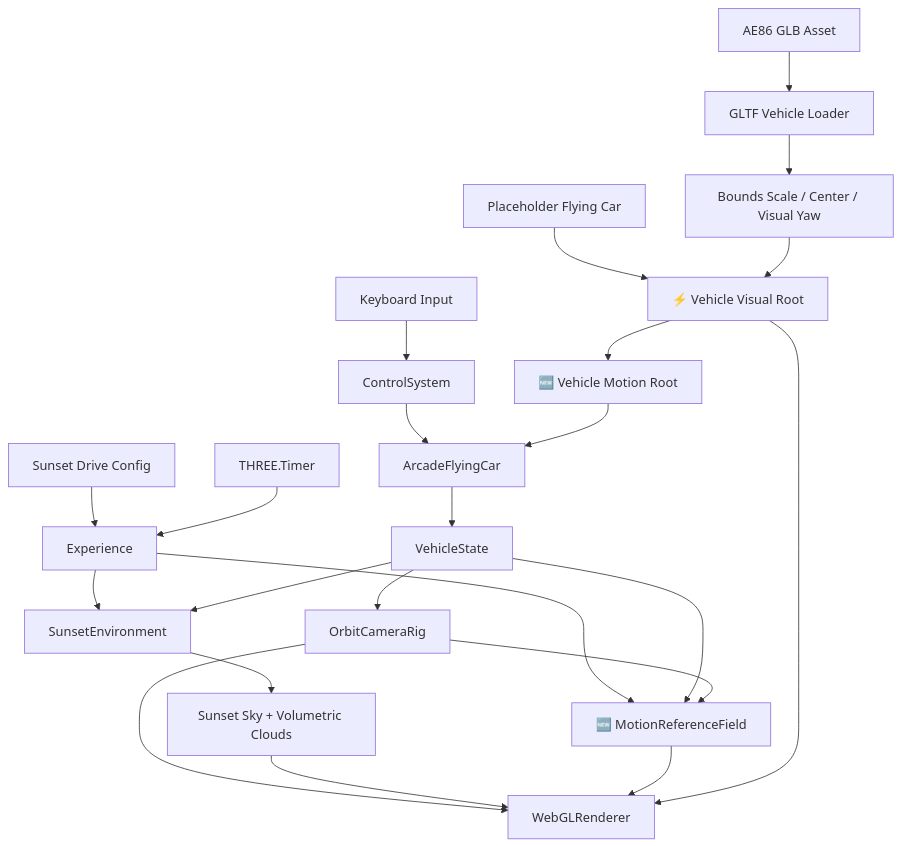
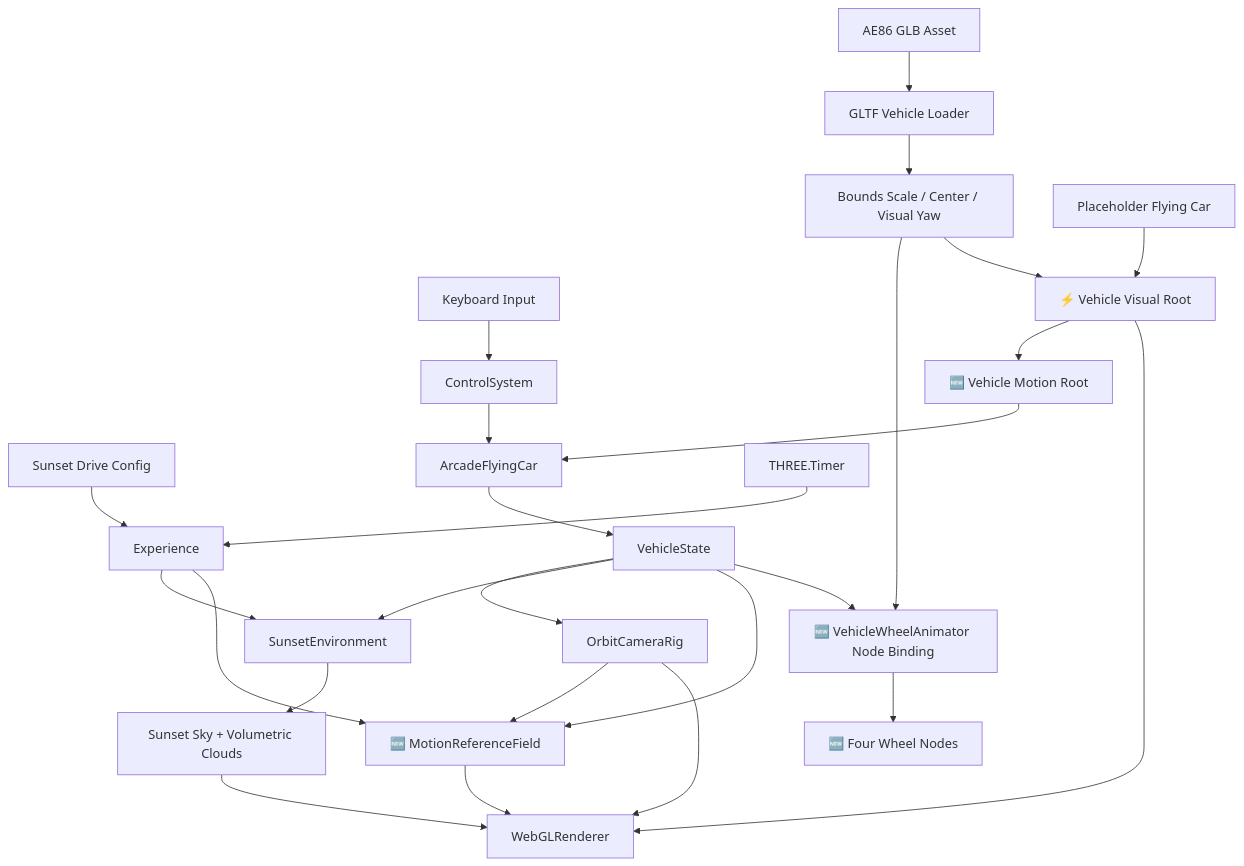
Before and after one commit to 64n-goxutech/shader-roam: the first of 2 diagrams in docs/architecture/sunset-drive/README.md, drawn with Mermaid. The commit also changed other lines of this file and 17 other files, not shown here.

````diff
--- a/docs/architecture/sunset-drive/README.md
+++ b/docs/architecture/sunset-drive/README.md
@@ -5,28 +5,31 @@
 ```mermaid
 graph TB
     %% 🆕 新增  ⚡ 修改
     Config[Sunset Drive Config] --> Experience[Experience]
     Input[Keyboard Input] --> Controls[ControlSystem]
     Controls --> FlyingCar[ArcadeFlyingCar]
     FlyingCar --> VehicleState[VehicleState]
 
     ModelAsset[AE86 GLB Asset] --> Loader[GLTF Vehicle Loader]
     Loader --> Normalizer[Bounds Scale / Center / Visual Yaw]
+    Normalizer --> WheelBinding[🆕 VehicleWheelAnimator Node Binding]
+    WheelBinding --> WheelNodes[🆕 Four Wheel Nodes]
     Fallback[Placeholder Flying Car] --> VisualRoot[⚡ Vehicle Visual Root]
     Normalizer --> VisualRoot
     VisualRoot --> MotionRoot[🆕 Vehicle Motion Root]
     MotionRoot --> FlyingCar
 
     Experience --> SunsetEnvironment[SunsetEnvironment]
     Experience --> MotionReferences[🆕 MotionReferenceField]
     Timer[THREE.Timer] --> Experience
     SunsetEnvironment --> SunsetShader[Sunset Sky + Volumetric Clouds]
     VehicleState --> Camera[OrbitCameraRig]
     VehicleState --> SunsetEnvironment
     VehicleState --> MotionReferences
+    VehicleState --> WheelBinding
     Camera --> MotionReferences
     Camera --> Renderer[WebGLRenderer]
     SunsetShader --> Renderer
     MotionReferences --> Renderer
     VisualRoot --> Renderer
 ```
````
